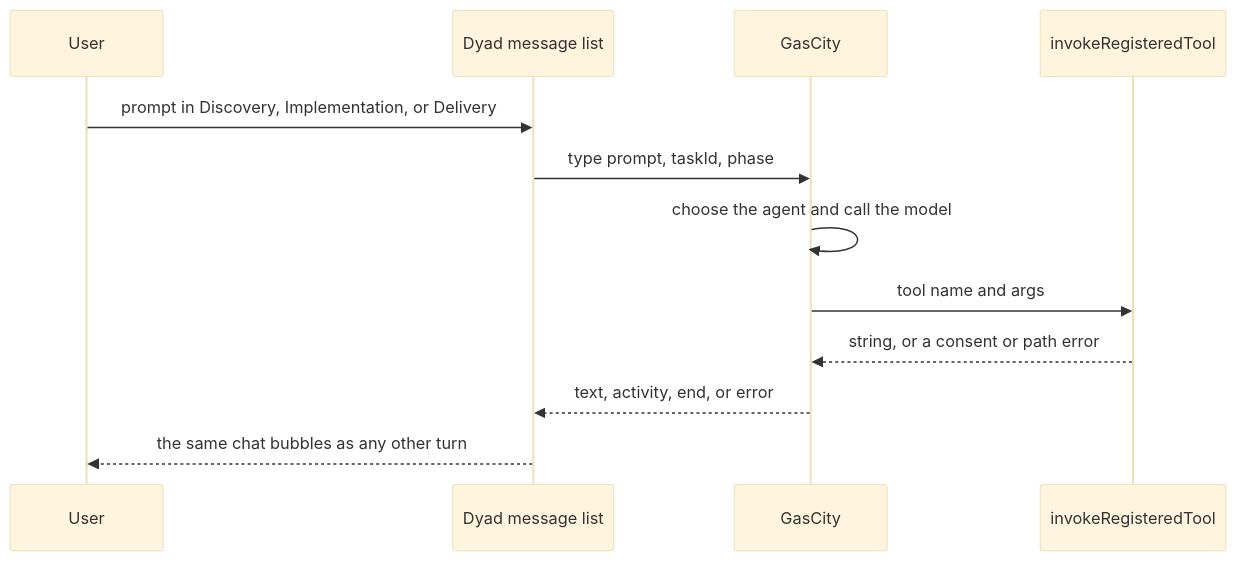
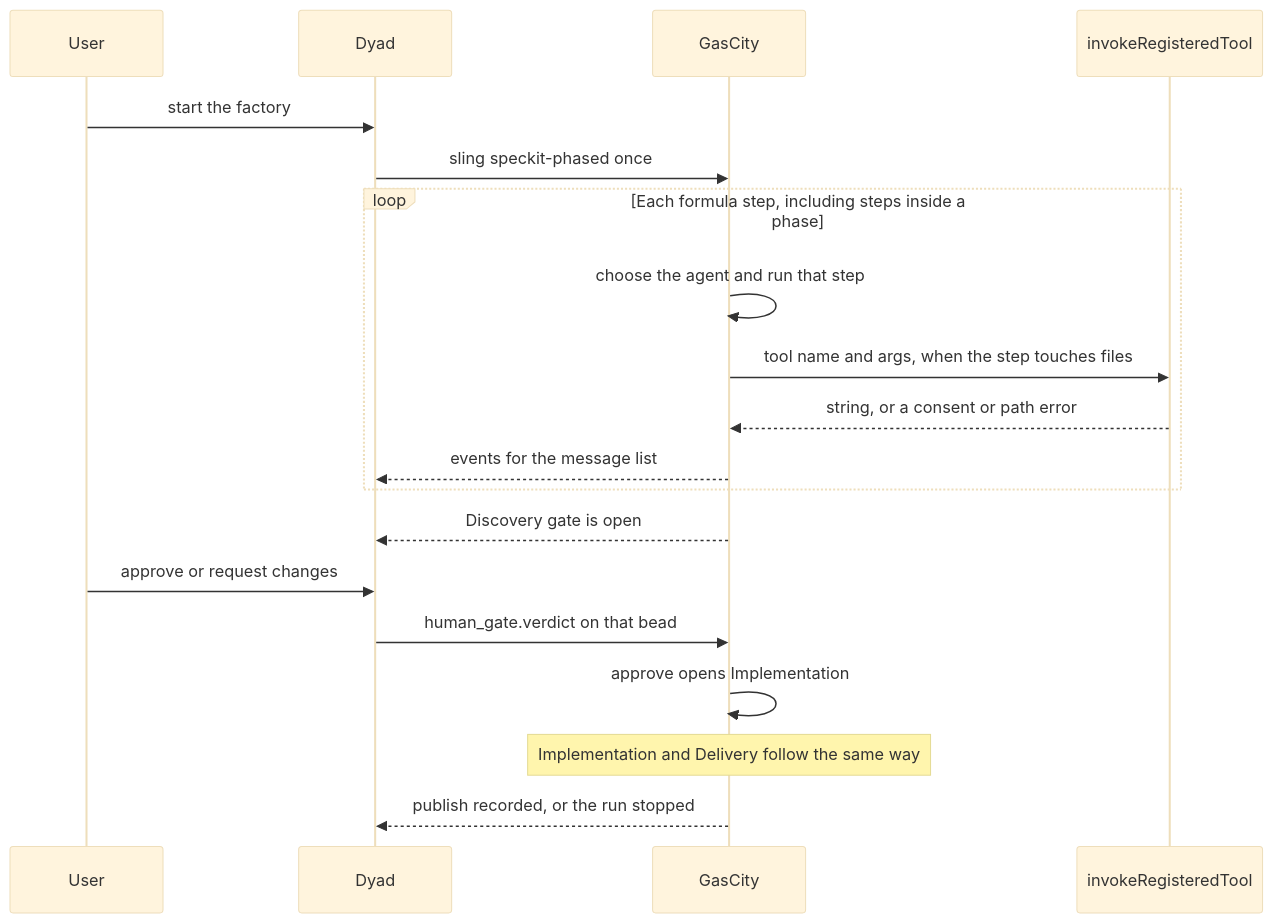
The diagram in plans/gascity-orchestrator-remaining.md (Awannaphasch2016/dyad), drawn with Mermaid (base theme) before and after one commit. The commit also changed other lines of this file, not shown here.

First line of the commit message:
Correct the orchestrator plan so GasCity runs the whole formula.

````diff
--- a/plans/gascity-orchestrator-remaining.md
+++ b/plans/gascity-orchestrator-remaining.md
@@ -52,15 +84,22 @@
 ```mermaid
 sequenceDiagram
   participant User
-  participant UI as Dyad message list
+  participant App as Dyad
   participant GC as GasCity
   participant Wrap as invokeRegisteredTool
 
-  User->>UI: prompt in Discovery, Implementation, or Delivery
-  UI->>GC: type prompt, taskId, phase
-  GC->>GC: choose the agent and call the model
-  GC->>Wrap: tool name and args
-  Wrap-->>GC: string, or a consent or path error
-  GC-->>UI: text, activity, end, or error
-  UI-->>User: the same chat bubbles as any other turn
+  User->>App: start the factory
+  App->>GC: sling speckit-phased once
+  loop Each formula step, including steps inside a phase
+    GC->>GC: choose the agent and run that step
+    GC->>Wrap: tool name and args, when the step touches files
+    Wrap-->>GC: string, or a consent or path error
+    GC-->>App: events for the message list
+  end
+  GC-->>App: Discovery gate is open
+  User->>App: approve or request changes
+  App->>GC: human_gate.verdict on that bead
+  GC->>GC: approve opens Implementation
+  Note over GC: Implementation and Delivery follow the same way
+  GC-->>App: publish recorded, or the run stopped
 ```
````
